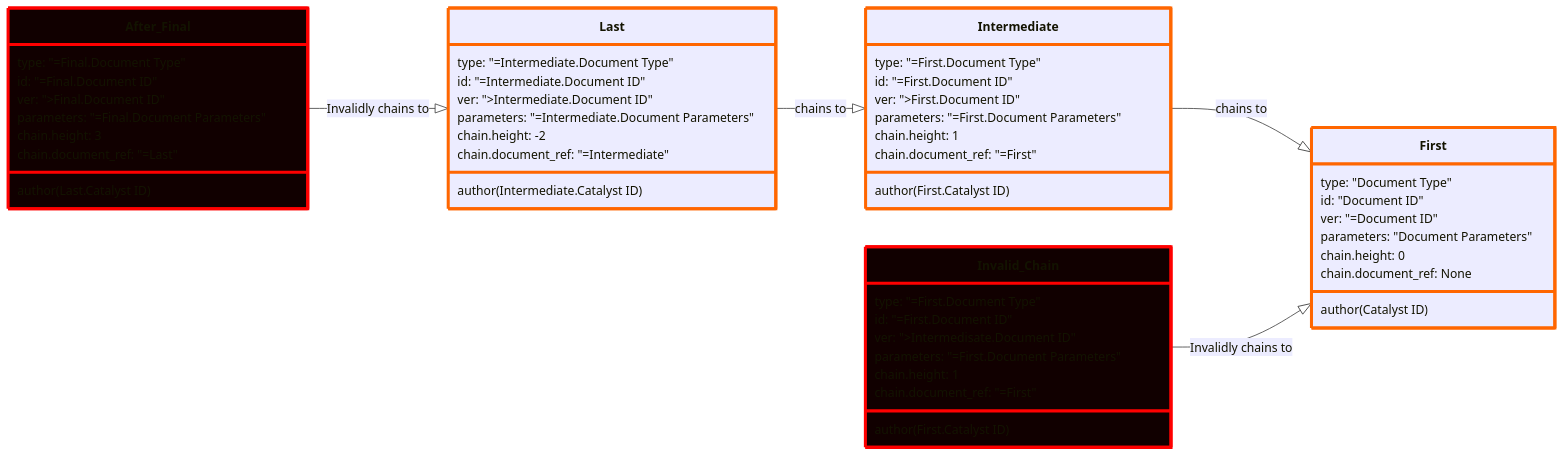
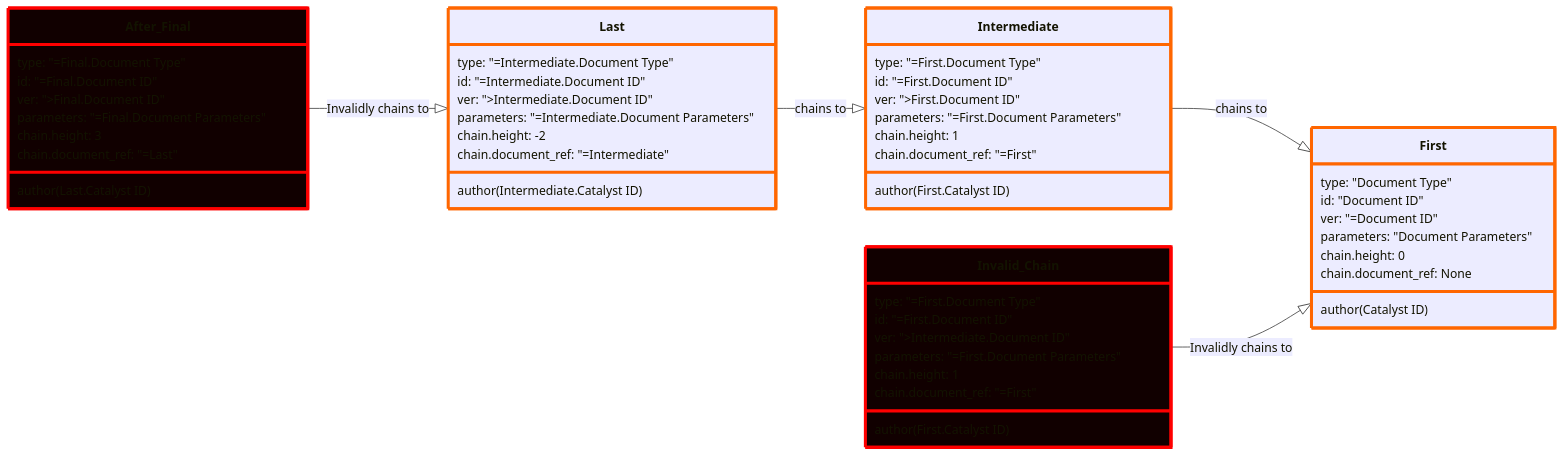
One commit to input-output-hk/catalyst-libs changed the second of 3 diagrams in docs/src/architecture/08_concepts/signed_doc/metadata.md. Above: the diagram before and after it, drawn with Mermaid. The commit also changed other lines of this file and 19 other files, not shown here.

````diff
--- a/docs/src/architecture/08_concepts/signed_doc/metadata.md
+++ b/docs/src/architecture/08_concepts/signed_doc/metadata.md
@@ -460,73 +463,73 @@
 ``` mermaid
-    classDiagram
+ classDiagram
     direction LR
 
     class Last {
         type: "=Intermediate.Document Type"
         id: "=Intermediate.Document ID"
         ver: ">Intermediate.Document ID"
         parameters: "=Intermediate.Document Parameters"
         chain.height: -2
         chain.document_ref: "=Intermediate"
 
         author(Intermediate.Catalyst ID)
     }
     style Last stroke:#f60,stroke-width:4px
 
     class Intermediate {
         type: "=First.Document Type"
         id: "=First.Document ID"
         ver: ">First.Document ID"
         parameters: "=First.Document Parameters"
         chain.height: 1
         chain.document_ref: "=First"
 
         author(First.Catalyst ID)
     }
     style Intermediate stroke:#f60,stroke-width:4px
 
     class First {
         type: "Document Type"
         id: "Document ID"
         ver: "=Document ID"
         parameters: "Document Parameters"
         chain.height: 0
         chain.document_ref: None
 
         author(Catalyst ID)
     }
     style First stroke:#f60,stroke-width:4px
 
     Last --|> Intermediate : chains to
     Intermediate --|> First : chains to
 
     class Invalid_Chain {
         type: "=First.Document Type"
         id: "=First.Document ID"
-        ver: ">Intermedisate.Document ID"
+        ver: ">Intermediate.Document ID"
         parameters: "=First.Document Parameters"
         chain.height: 1
         chain.document_ref: "=First"
 
         author(First.Catalyst ID)
     }
 
     Invalid_Chain --|> First : Invalidly chains to
     style Invalid_Chain fill:#100,stroke:#f00,stroke-width:4px
 
 
     class After_Final {
         type: "=Final.Document Type"
         id: "=Final.Document ID"
         ver: ">Final.Document ID"
         parameters: "=Final.Document Parameters"
         chain.height: 3
         chain.document_ref: "=Last"
 
         author(Last.Catalyst ID)
     }
 
     After_Final --|> Last : Invalidly chains to
     style After_Final fill:#100,stroke:#f00,stroke-width:4px
 
 ```
````
